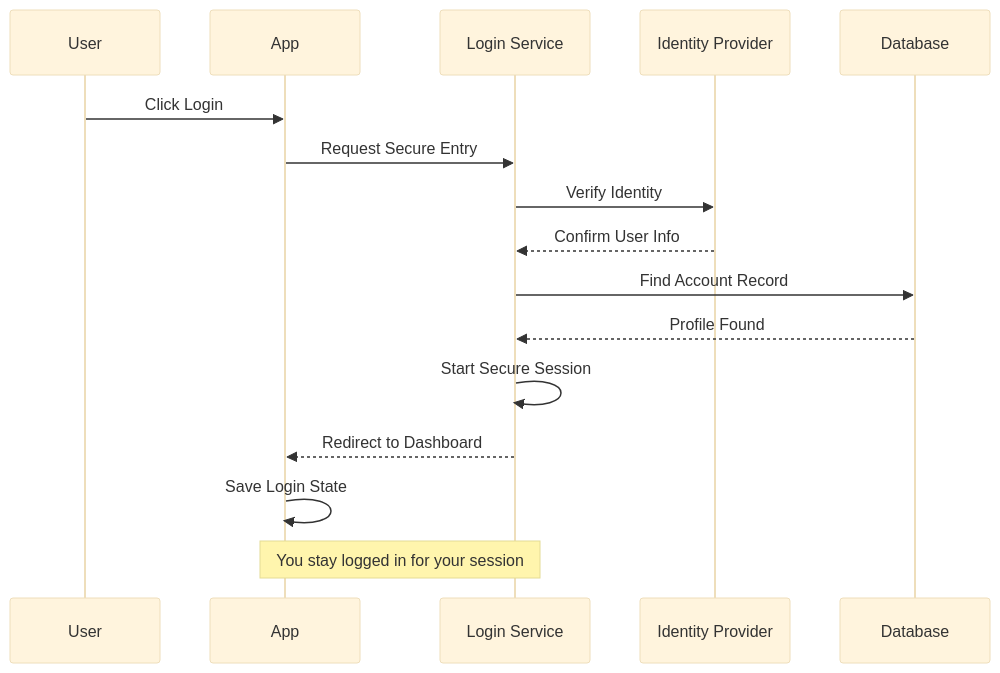
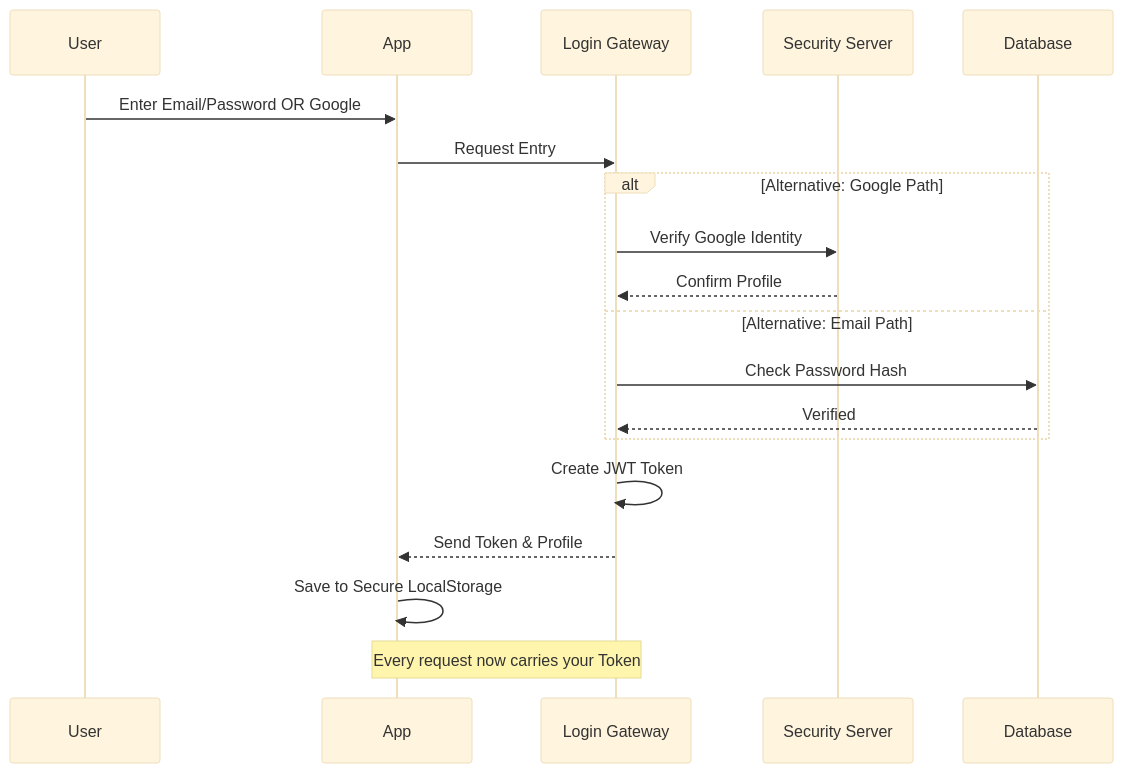
One commit to Akash-Veerla/Demographic changed the third of 9 diagrams in docs/DIAGRAMS.md. Above: the diagram before and after it, drawn with Mermaid (base theme). The commit also changed other lines of this file, not shown here.

Commit message:
docs: Introduce detailed architecture, data structure, and process diagrams for the KON-NECT application.

````diff
--- a/docs/DIAGRAMS.md
+++ b/docs/DIAGRAMS.md
@@ -96,19 +106,22 @@
 ```mermaid
 sequenceDiagram
     participant U as User
     participant A as App
-    participant L as Login Service
-    participant I as Identity Provider
+    participant L as Login Gateway
+    participant S as Security Server
     participant D as Database
 
-    U->>A: Click Login
-    A->>L: Request Secure Entry
-    L->>I: Verify Identity
-    I-->>L: Confirm User Info
-    L->>D: Find Account Record
-    D-->>L: Profile Found
-    L->>L: Start Secure Session
-    L-->>A: Redirect to Dashboard
-    A->>A: Save Login State
-    Note over A, L: You stay logged in for your session
+    U->>A: Enter Email/Password OR Google
+    A->>L: Request Entry
+    alt Alternative: Google Path
+        L->>S: Verify Google Identity
+        S-->>L: Confirm Profile
+    else Alternative: Email Path
+        L->>D: Check Password Hash
+        D-->>L: Verified
+    end
+    L->>L: Create JWT Token
+    L-->>A: Send Token & Profile
+    A->>A: Save to Secure LocalStorage
+    Note over A, L: Every request now carries your Token
 ```
````
